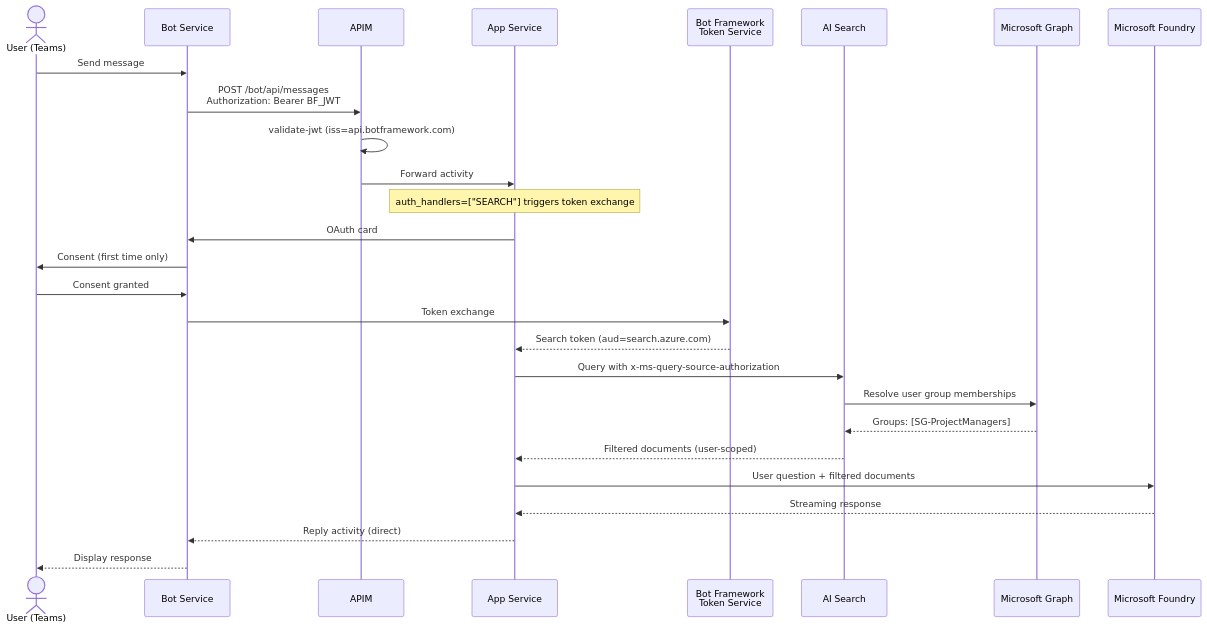
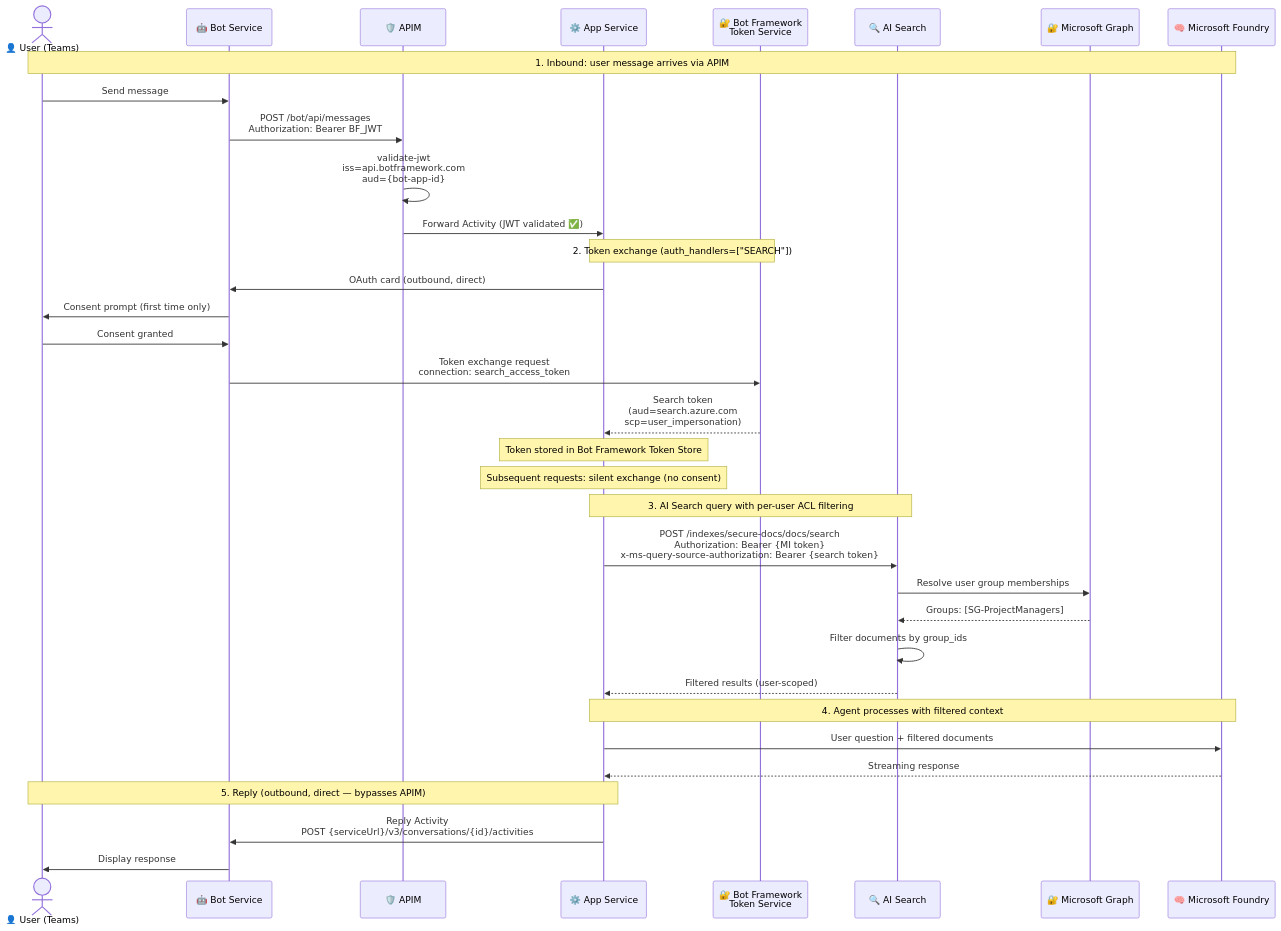
The second of 3 diagrams in docs/architecture.md (Azure-Samples/bring-your-own-agent-to-m365-accelerator), drawn with Mermaid before and after one commit. The commit also changed other lines of this file, not shown here.

First line of the commit message:
docs: detailed architecture diagrams with subgraphs, emojis, numbered steps

````diff
--- a/docs/architecture.md
+++ b/docs/architecture.md
@@ -86,34 +110,47 @@
 ```mermaid
 sequenceDiagram
-    actor User as User (Teams)
-    participant Bot as Bot Service
-    participant APIM as APIM
-    participant App as App Service
-    participant TokenSvc as Bot Framework<br/>Token Service
-    participant Search as AI Search
-    participant Graph as Microsoft Graph
-    participant LLM as Microsoft Foundry
+    actor User as 👤 User (Teams)
+    participant Bot as 🤖 Bot Service
+    participant APIM as 🛡️ APIM
+    participant App as ⚙️ App Service
+    participant TokenSvc as 🔐 Bot Framework<br/>Token Service
+    participant Search as 🔍 AI Search
+    participant Graph as 🔐 Microsoft Graph
+    participant LLM as 🧠 Microsoft Foundry
+
+    Note over User,LLM: 1. Inbound: user message arrives via APIM
 
     User->>Bot: Send message
     Bot->>APIM: POST /bot/api/messages<br/>Authorization: Bearer BF_JWT
-    APIM->>APIM: validate-jwt (iss=api.botframework.com)
-    APIM->>App: Forward activity
+    APIM->>APIM: validate-jwt<br/>iss=api.botframework.com<br/>aud={bot-app-id}
+    APIM->>App: Forward Activity (JWT validated ✅)
 
-    Note over App: auth_handlers=["SEARCH"] triggers token exchange
+    Note over App,TokenSvc: 2. Token exchange (auth_handlers=["SEARCH"])
 
-    App->>Bot: OAuth card
-    Bot->>User: Consent (first time only)
+    App->>Bot: OAuth card (outbound, direct)
+    Bot->>User: Consent prompt (first time only)
     User->>Bot: Consent granted
-    Bot->>TokenSvc: Token exchange
-    TokenSvc-->>App: Search token (aud=search.azure.com)
+    Bot->>TokenSvc: Token exchange request<br/>connection: search_access_token
+    TokenSvc-->>App: Search token<br/>(aud=search.azure.com<br/>scp=user_impersonation)
 
-    App->>Search: Query with x-ms-query-source-authorization
+    Note over App: Token stored in Bot Framework Token Store
+    Note over App: Subsequent requests: silent exchange (no consent)
+
+    Note over App,Search: 3. AI Search query with per-user ACL filtering
+
+    App->>Search: POST /indexes/secure-docs/docs/search<br/>Authorization: Bearer {MI token}<br/>x-ms-query-source-authorization: Bearer {search token}
     Search->>Graph: Resolve user group memberships
     Graph-->>Search: Groups: [SG-ProjectManagers]
-    Search-->>App: Filtered documents (user-scoped)
+    Search->>Search: Filter documents by group_ids
+    Search-->>App: Filtered results (user-scoped)
+
+    Note over App,LLM: 4. Agent processes with filtered context
 
     App->>LLM: User question + filtered documents
     LLM-->>App: Streaming response
-    App-->>Bot: Reply activity (direct)
-    Bot-->>User: Display response
+
+    Note over App,User: 5. Reply (outbound, direct — bypasses APIM)
+
+    App->>Bot: Reply Activity<br/>POST {serviceUrl}/v3/conversations/{id}/activities
+    Bot->>User: Display response
 ```
````
